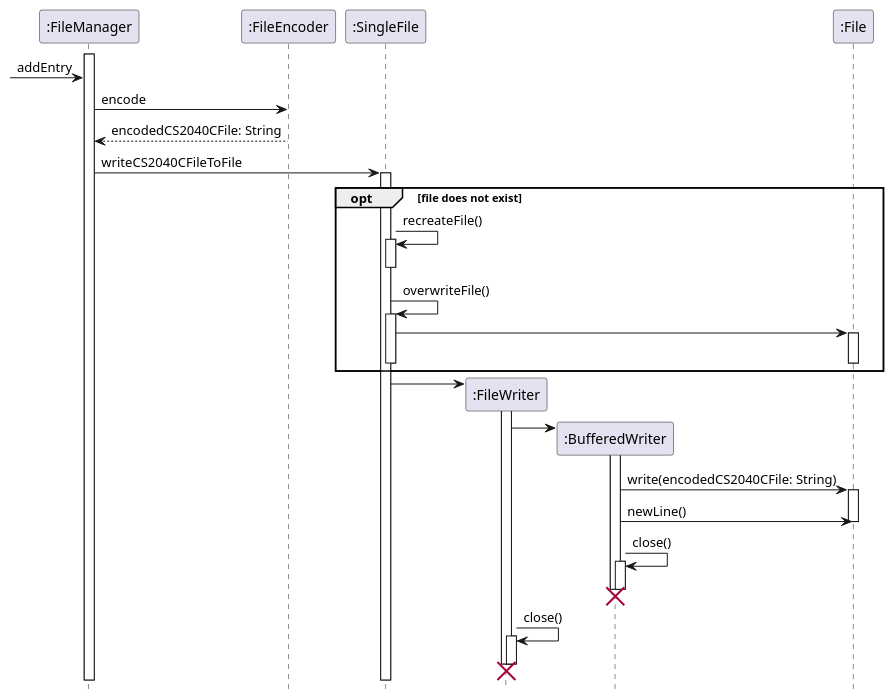
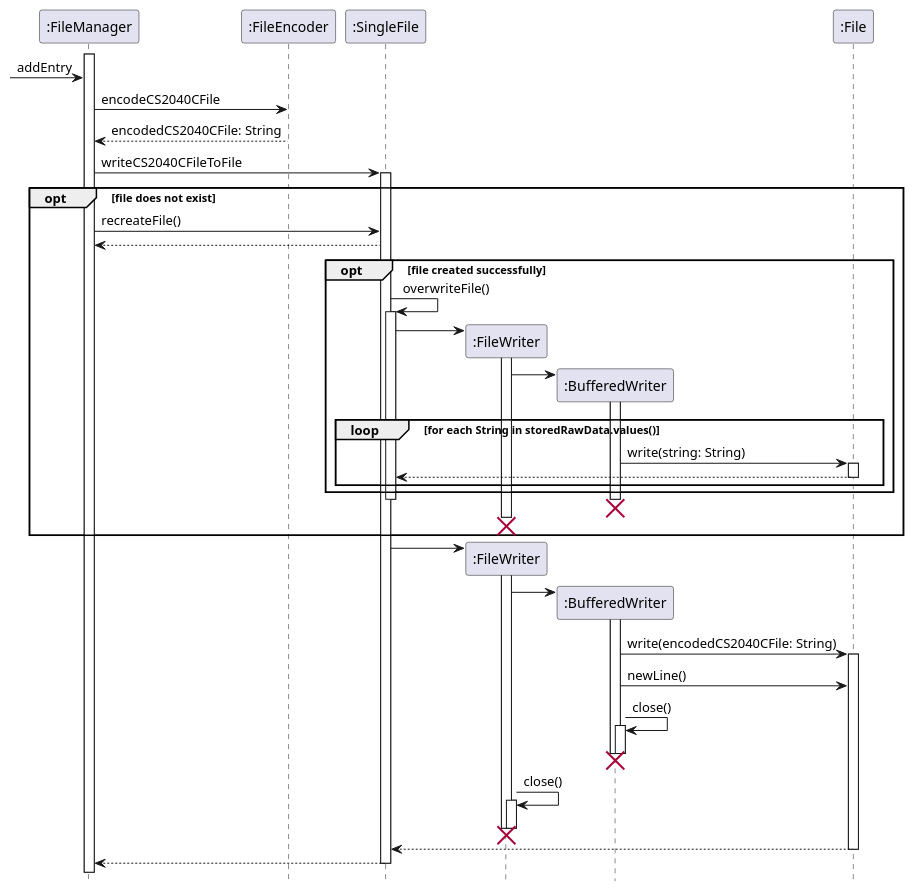
The diagram in docs/sequence-diagrams/source-files/AddEntry.puml (ong-ck/tp), drawn with PlantUML before and after one commit. The commit also changed 1 other file, not shown here.

Commit message:
Fix: sequence diagram for AddEntry

```diff
--- a/docs/sequence-diagrams/source-files/AddEntry.puml
+++ b/docs/sequence-diagrams/source-files/AddEntry.puml
@@ -1,44 +1,58 @@
 @startuml
 hide footbox
 
 participant ":FileManager" as fm
 participant ":FileEncoder" as fe
 participant ":SingleFile" as sf
 participant ":FileWriter" as fw
 participant ":BufferedWriter" as bw
 participant ":File" as f
 
 activate fm
 -> fm : addEntry
-fm -> fe : encode
+fm -> fe : encodeCS2040CFile
 fe --> fm : encodedCS2040CFile: String
 fm -> sf : writeCS2040CFileToFile
 activate sf
     opt file does not exist
-        sf -> sf : recreateFile()
-        activate sf
-        deactivate sf
-        sf -> sf : overwriteFile()
-        activate sf
-        sf -> f
-        activate f
-        deactivate f
-        deactivate sf
-    end
+        fm -> sf : recreateFile()
+        sf --> fm
+        opt file created successfully
+            sf -> sf : overwriteFile()
+            activate sf
+            sf -> fw **
+            activate fw
+            fw -> bw **
+            activate bw
+            loop for each String in storedRawData.values()
+                bw -> f : write(string: String)
+                activate f
+                f --> sf
+                deactivate f
+            end
+        end
+            deactivate sf
+            destroy bw
+            destroy fw
+        end
+
 sf -> fw **
 activate fw
 fw -> bw **
 activate bw
 bw -> f : write(encodedCS2040CFile: String)
 activate f
 bw -> f : newLine()
-deactivate f
 bw -> bw : close()
 activate bw
 deactivate bw
 destroy bw
 fw -> fw : close()
 activate fw
 deactivate fw
 destroy fw
+f --> sf
+deactivate f
+sf --> fm
+deactivate sf
 @enduml
```
